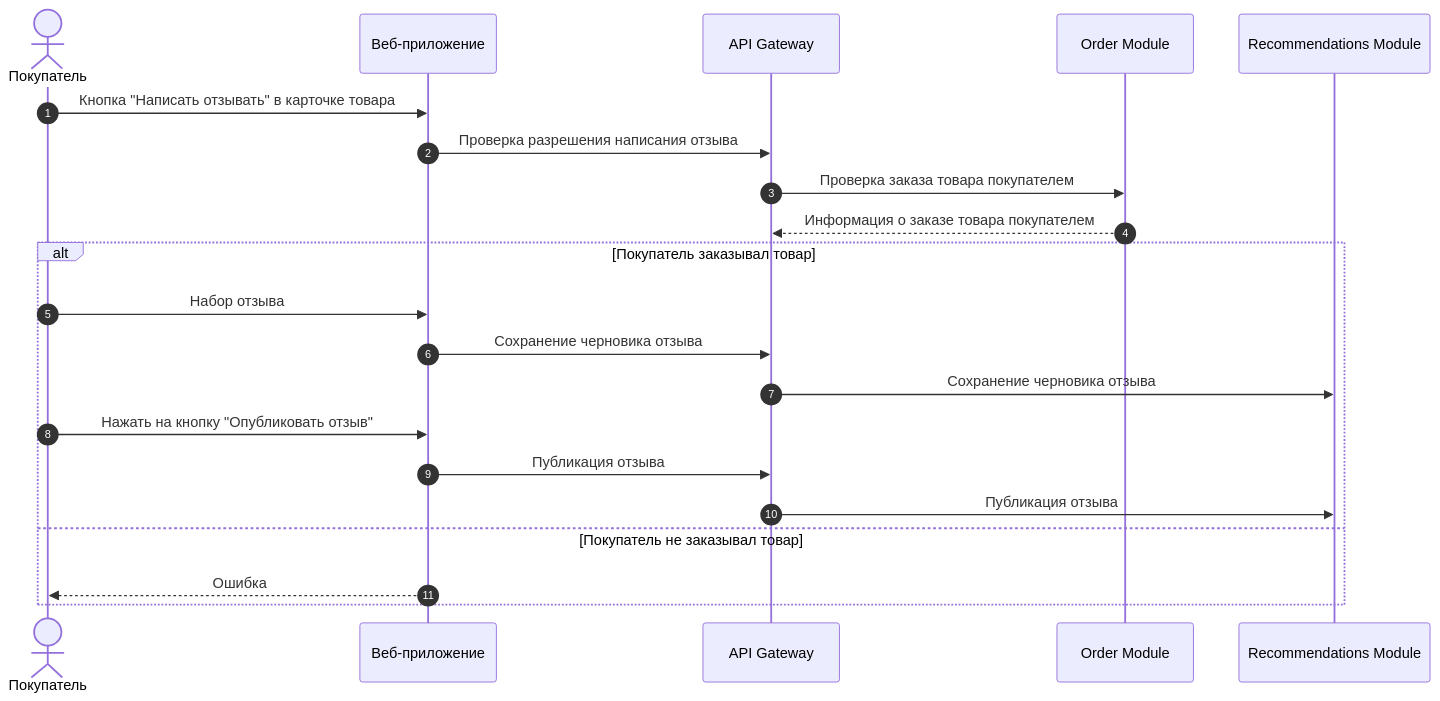
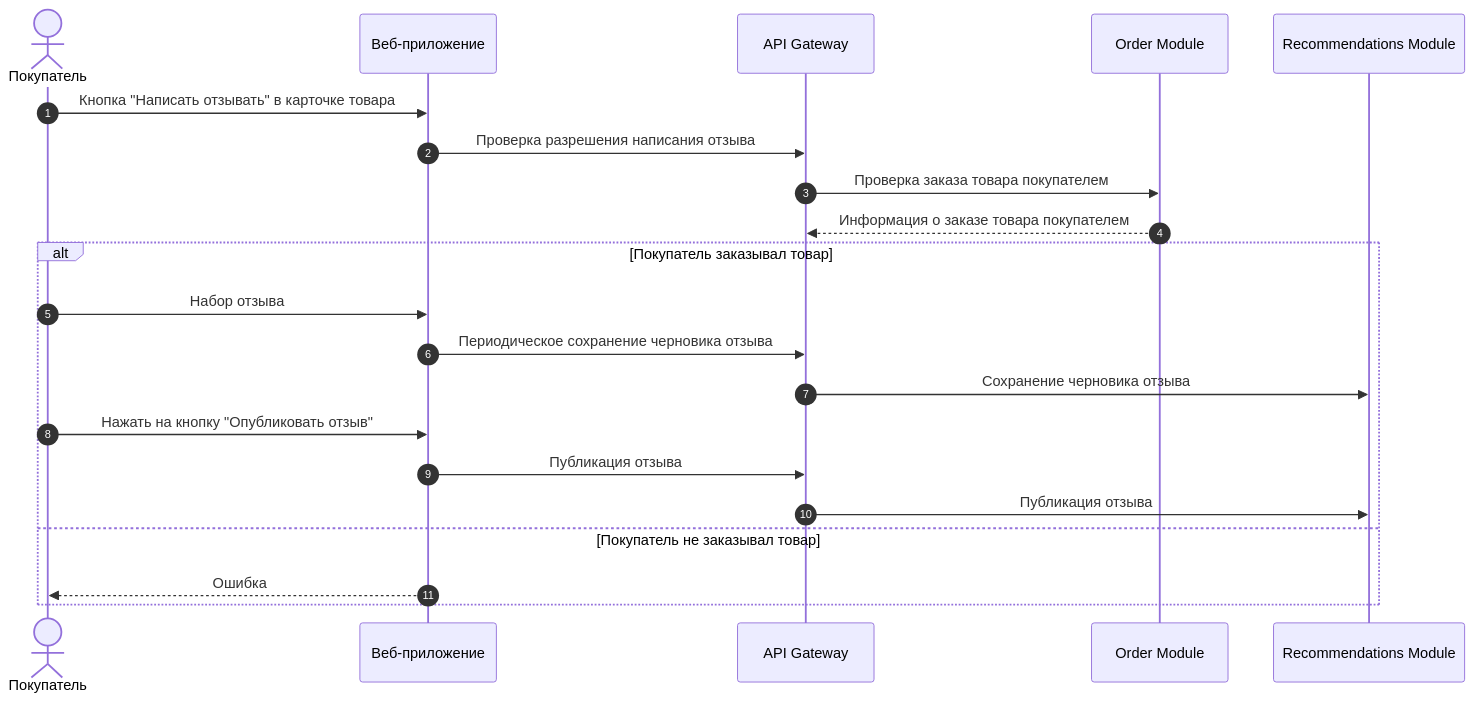
The ninth of 10 diagrams in task-1/docs/TASK1.md (EkaterinaNikolaeva/hse-arch-and-design-is), drawn with Mermaid before and after one commit. The commit also changed other lines of this file, not shown here.

````diff
--- a/task-1/docs/TASK1.md
+++ b/task-1/docs/TASK1.md
@@ -527,24 +527,24 @@
 ```mermaid
 sequenceDiagram
     autonumber
     actor Buyer as Покупатель
     participant Web as Веб-приложение
     participant API as API Gateway
     participant Order as Order Module
     participant Recommendations as Recommendations Module
 
     Buyer ->> Web: Кнопка "Написать отзывать" в карточке товара
     Web ->> API: Проверка разрешения написания отзыва
     API ->> Order: Проверка заказа товара покупателем
     Order -->> API: Информация о заказе товара покупателем
     alt Покупатель заказывал товар
         Buyer ->> Web: Набор отзыва
-        Web ->> API: Сохранение черновика отзыва
+        Web ->> API: Периодическое сохранение черновика отзыва
         API ->> Recommendations: Сохранение черновика отзыва
         Buyer ->> Web: Нажать на кнопку "Опубликовать отзыв"
         Web ->> API: Публикация отзыва
         API ->> Recommendations: Публикация отзыва
     else Покупатель не заказывал товар
         Web-->>Buyer: Ошибка
     end
 ```
````
